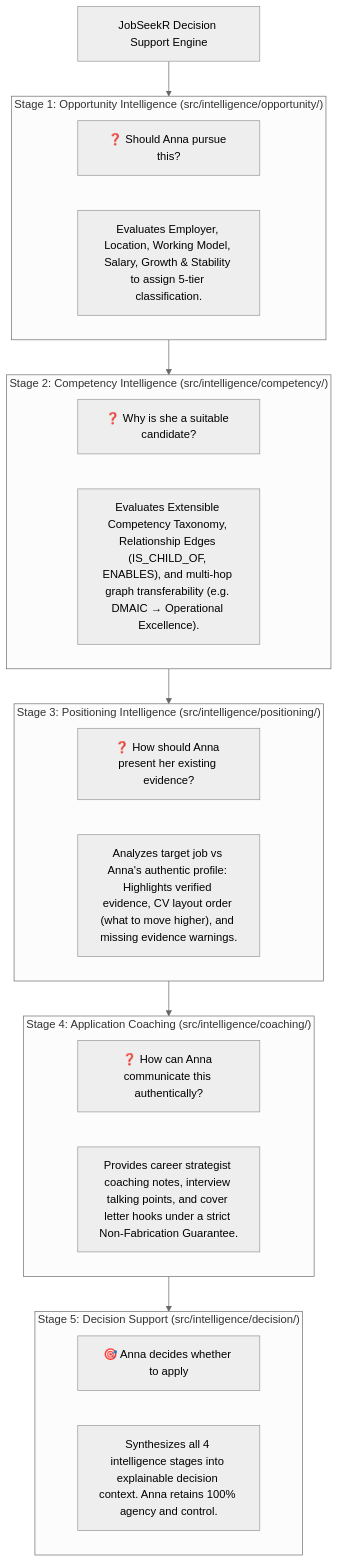
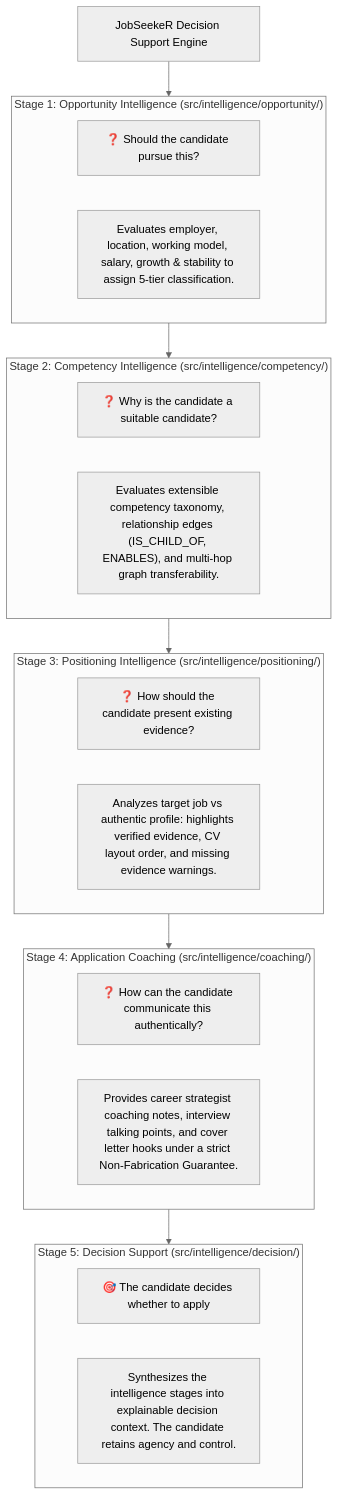
Before and after one commit to Manoj-Axelsson/JobSeekeR-OSS: the diagram in docs/PEER_REVIEW_GUIDE_v2.0.md, drawn with Mermaid (neutral theme). The commit also changed other lines of this file and 7 other files, not shown here.

````diff
--- a/docs/PEER_REVIEW_GUIDE_v2.0.md
+++ b/docs/PEER_REVIEW_GUIDE_v2.0.md
@@ -21,37 +23,37 @@
 ```mermaid
 flowchart TD
-    Engine["JobSeekR Decision Support Engine"] --> Stage1
+    Engine["JobSeekeR Decision Support Engine"] --> Stage1
 
     subgraph Stage1 ["Stage 1: Opportunity Intelligence (src/intelligence/opportunity/)"]
-        Q1["❓ Should Anna pursue this?"]
-        A1["Evaluates Employer, Location, Working Model, Salary, Growth & Stability to assign 5-tier classification."]
+        Q1["❓ Should the candidate pursue this?"]
+        A1["Evaluates employer, location, working model, salary, growth & stability to assign 5-tier classification."]
     end
 
     Stage1 --> Stage2
 
     subgraph Stage2 ["Stage 2: Competency Intelligence (src/intelligence/competency/)"]
-        Q2["❓ Why is she a suitable candidate?"]
-        A2["Evaluates Extensible Competency Taxonomy, Relationship Edges (IS_CHILD_OF, ENABLES), and multi-hop graph transferability (e.g. DMAIC → Operational Excellence)."]
+        Q2["❓ Why is the candidate a suitable candidate?"]
+        A2["Evaluates extensible competency taxonomy, relationship edges (IS_CHILD_OF, ENABLES), and multi-hop graph transferability."]
     end
 
     Stage2 --> Stage3
 
     subgraph Stage3 ["Stage 3: Positioning Intelligence (src/intelligence/positioning/)"]
-        Q3["❓ How should Anna present her existing evidence?"]
-        A3["Analyzes target job vs Anna's authentic profile: Highlights verified evidence, CV layout order (what to move higher), and missing evidence warnings."]
+        Q3["❓ How should the candidate present existing evidence?"]
+        A3["Analyzes target job vs authentic profile: highlights verified evidence, CV layout order, and missing evidence warnings."]
     end
 
     Stage3 --> Stage4
 
     subgraph Stage4 ["Stage 4: Application Coaching (src/intelligence/coaching/)"]
-        Q4["❓ How can Anna communicate this authentically?"]
+        Q4["❓ How can the candidate communicate this authentically?"]
         A4["Provides career strategist coaching notes, interview talking points, and cover letter hooks under a strict Non-Fabrication Guarantee."]
     end
 
     Stage4 --> Stage5
 
     subgraph Stage5 ["Stage 5: Decision Support (src/intelligence/decision/)"]
-        Q5["🎯 Anna decides whether to apply"]
-        A5["Synthesizes all 4 intelligence stages into explainable decision context. Anna retains 100% agency and control."]
+        Q5["🎯 The candidate decides whether to apply"]
+        A5["Synthesizes the intelligence stages into explainable decision context. The candidate retains agency and control."]
     end
 ```
````
